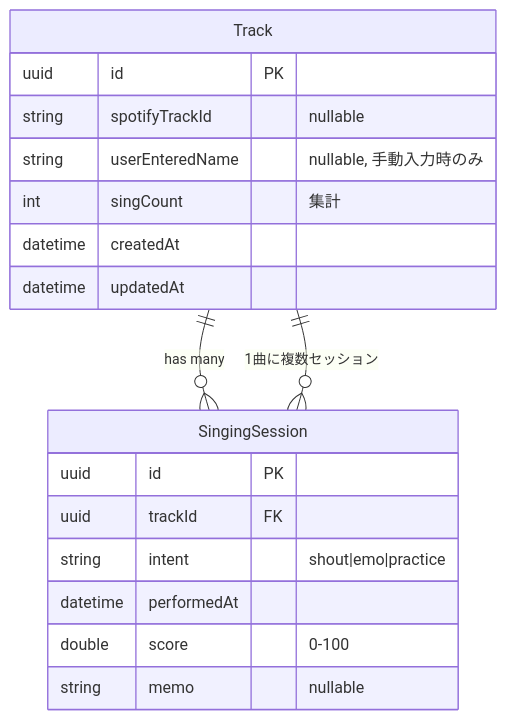
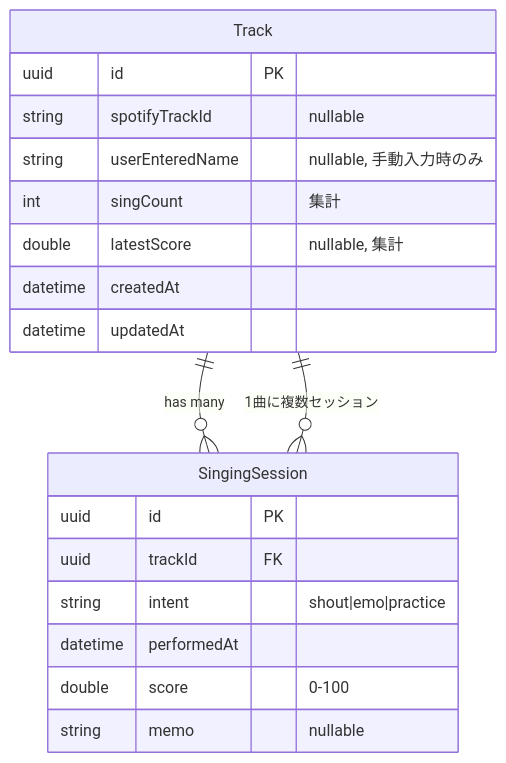
Before and after one commit to omomi-moti/Karaoke_support: the sixth of 7 diagrams in docs/detailed_design.md, drawn with Mermaid. The commit also changed other lines of this file and 4 other files, not shown here.

````diff
--- a/docs/detailed_design.md
+++ b/docs/detailed_design.md
@@ -339,23 +341,24 @@
 ```mermaid
 erDiagram
     Track ||--o{ SingingSession : "has many"
     Track {
         uuid id PK
         string spotifyTrackId "nullable"
         string userEnteredName "nullable, 手動入力時のみ"
         int singCount "集計"
+        double latestScore "nullable, 集計"
         datetime createdAt
         datetime updatedAt
     }
 
     SingingSession {
         uuid id PK
         uuid trackId FK
         string intent "shout|emo|practice"
         datetime performedAt
         double score "0-100"
         string memo "nullable"
     }
 
     Track ||--o{ SingingSession : "1曲に複数セッション"
 ```
````
